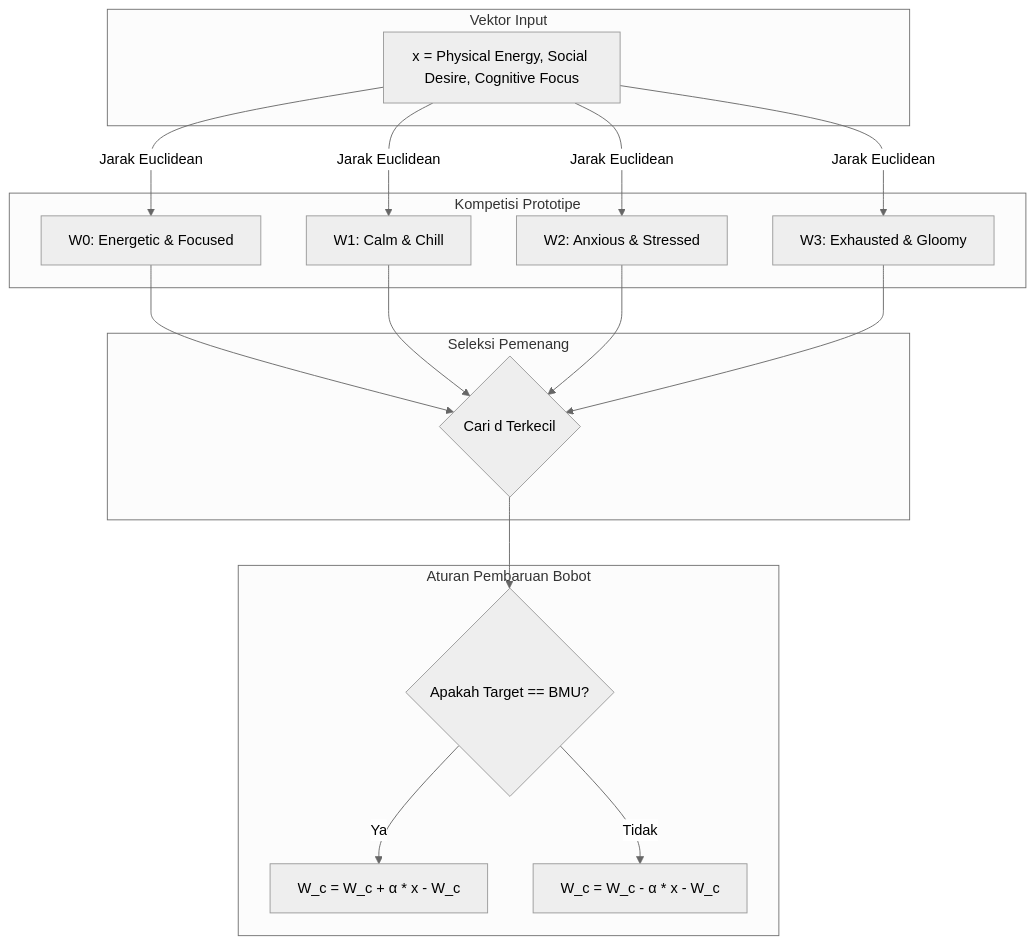
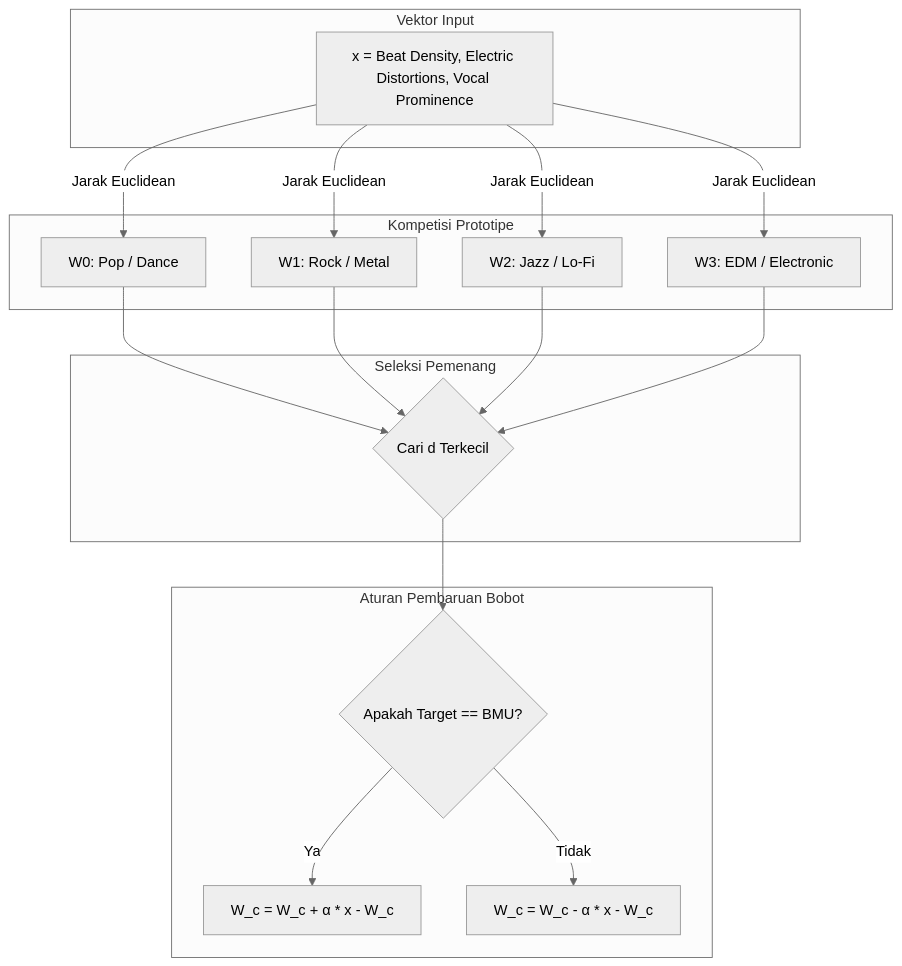
The second of 2 diagrams in readme.md (abday-wong/uas-jst), drawn with Mermaid (neutral theme) before and after one commit. The commit also changed other lines of this file and 2 other files, not shown here.

````diff
--- a/readme.md
+++ b/readme.md
@@ -112,37 +108,37 @@
 ```mermaid
 graph TD
     subgraph Vektor Input
-        Input[x = Physical Energy, Social Desire, Cognitive Focus]
+        Input[x = Beat Density, Electric Distortions, Vocal Prominence]
     end
 
     subgraph Kompetisi Prototipe
-        W0[W0: Energetic & Focused]
-        W1[W1: Calm & Chill]
-        W2[W2: Anxious & Stressed]
-        W3[W3: Exhausted & Gloomy]
+        W0[W0: Pop / Dance]
+        W1[W1: Rock / Metal]
+        W2[W2: Jazz / Lo-Fi]
+        W3[W3: EDM / Electronic]
     end
 
     Input -->|Jarak Euclidean| W0
     Input -->|Jarak Euclidean| W1
     Input -->|Jarak Euclidean| W2
     Input -->|Jarak Euclidean| W3
 
     subgraph Seleksi Pemenang
         BMU{Cari d Terkecil}
     end
 
     W0 --> BMU
     W1 --> BMU
     W2 --> BMU
     W3 --> BMU
 
     subgraph Aturan Pembaruan Bobot
         Match{Apakah Target == BMU?}
         UpdatePlus[W_c = W_c + α * x - W_c]
         UpdateMinus[W_c = W_c - α * x - W_c]
     end
 
     BMU --> Match
     Match -->|Ya| UpdatePlus
     Match -->|Tidak| UpdateMinus
 ```
````
